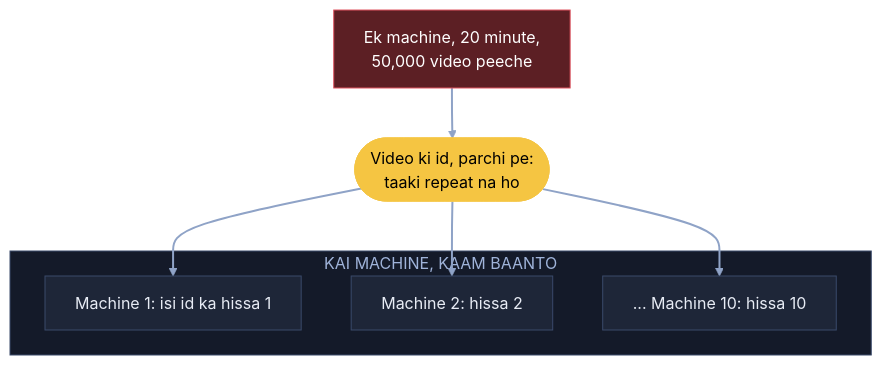
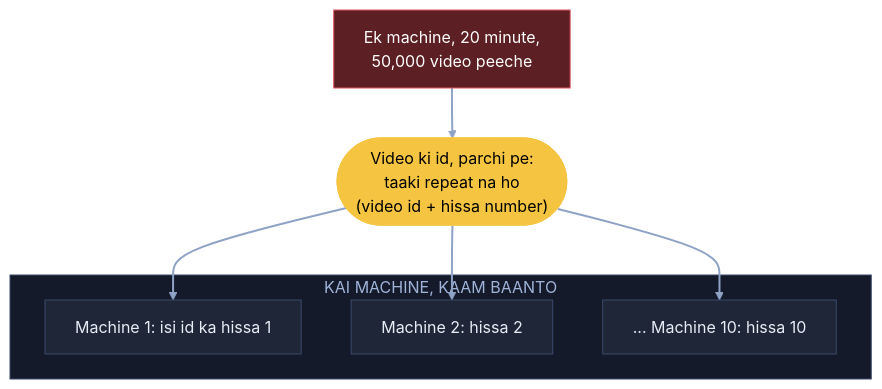
One commit to ArpanMaheshwari144/Prep changed diagram 12 of 21 in 04_HLD/SYSTEM_DESIGNS/03_twitter_feed/03_twitter_feed.md. Above: the diagram before and after it, drawn with Mermaid (neutral theme). The commit also changed other lines of this file and 22 other files, not shown here.

Commit message:
Diagram: sirf kahani ke dohraaye shabd pe bracket, us jagah notes wala matlab (207 label)

````diff
--- a/04_HLD/SYSTEM_DESIGNS/03_twitter_feed/03_twitter_feed.md
+++ b/04_HLD/SYSTEM_DESIGNS/03_twitter_feed/03_twitter_feed.md
@@ -443,20 +443,20 @@
 ```mermaid
 flowchart TB
     X["Ek machine, 20 minute,<br/>50,000 video peeche"]:::bad
-    P(["Video ki id, parchi pe:<br/>taaki repeat na ho"]):::pill
+    P(["Video ki id, parchi pe:<br/>taaki repeat na ho<br/>(video id + hissa number)"]):::pill
     subgraph KM["KAI MACHINE, KAAM BAANTO"]
         W1["Machine 1: isi id ka hissa 1"]:::card
         W2["Machine 2: hissa 2"]:::card
         WN["... Machine 10: hissa 10"]:::card
     end
     X --> P
     P --> W1
     P --> W2
     P --> WN
     linkStyle default stroke:#8fa3c7,stroke-width:2px
     classDef card fill:#1e2638,stroke:#3a4a6b,color:#e8ecf5
     classDef pill fill:#f5c542,stroke:#f5c542,color:#000
     classDef good fill:#2e7d4f,stroke:#3fbf6f,color:#fff
     classDef bad fill:#5c1f24,stroke:#e05561,color:#fff
     style KM fill:#141a29,stroke:#3a4a6b,color:#9fb3d9
 ```
````
